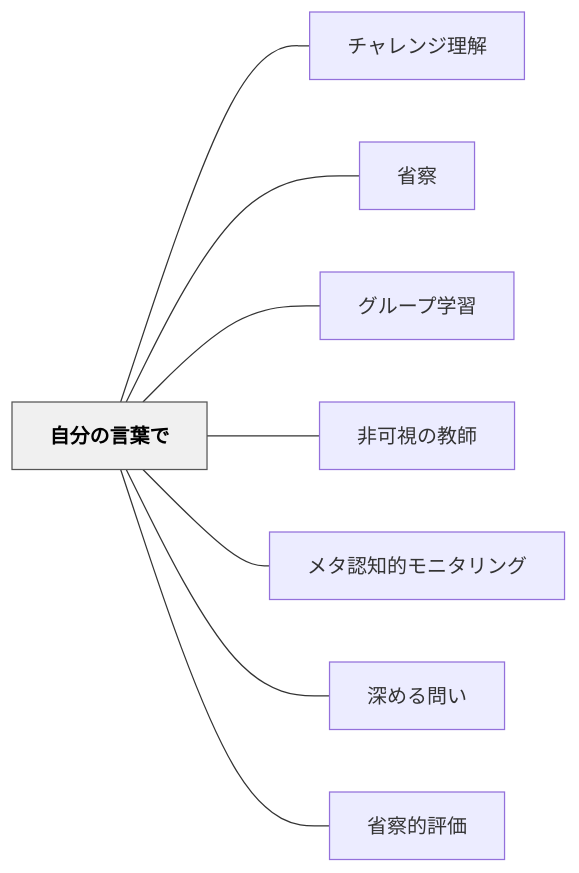
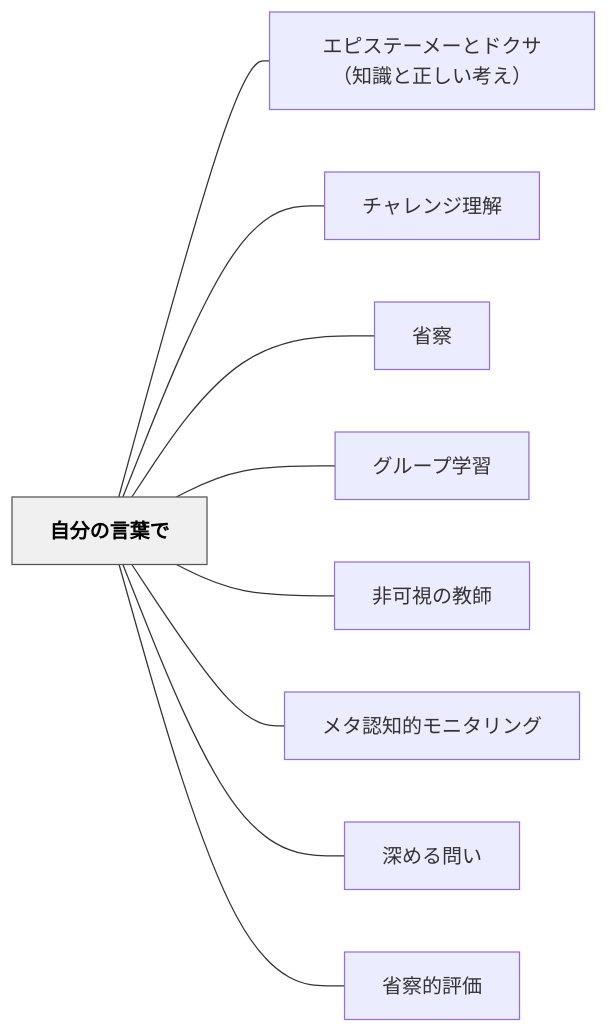
Before and after one commit to unknownthings-ed-patterns/unknownthings-ed-patterns: the diagram in content/パタン/自分の言葉で.md, drawn with Mermaid. The commit also changed other lines of this file and 17 other files, not shown here.

````diff
--- a/content/パタン/自分の言葉で.md
+++ b/content/パタン/自分の言葉で.md
@@ -88,22 +89,24 @@
 ```mermaid
 flowchart LR
     ne887aae58886e381aee8a880e89189e381a7["自分の言葉で"]
+    ne382a8e38394e382b9e38386e383bce383a1e383bce381a8e38389e382afe382b5efbc88e79fa5e8ad98e381a8e6ada3e38197e38184e88083e38188efbc89["エピステーメーとドクサ（知識と正しい考え）"]
     ne38381e383a3e383ace383b3e382b8e79086e8a7a3["チャレンジ理解"]
     ne79c81e5af9f["省察"]
     ne382b0e383abe383bce38397e5ada6e7bf92["グループ学習"]
     ne99d9ee58fafe8a696e381aee69599e5b8ab["非可視の教師"]
     ne383a1e382bfe8aa8de79fa5e79a84e383a2e3838be382bfe383aae383b3e382b0["メタ認知的モニタリング"]
     ne6b7b1e38281e3828be5958fe38184["深める問い"]
     ne79c81e5af9fe79a84e8a995e4bea1["省察的評価"]
 
+    ne887aae58886e381aee8a880e89189e381a7 --- ne382a8e38394e382b9e38386e383bce383a1e383bce381a8e38389e382afe382b5efbc88e79fa5e8ad98e381a8e6ada3e38197e38184e88083e38188efbc89
     ne887aae58886e381aee8a880e89189e381a7 --- ne38381e383a3e383ace383b3e382b8e79086e8a7a3
     ne887aae58886e381aee8a880e89189e381a7 --- ne79c81e5af9f
     ne887aae58886e381aee8a880e89189e381a7 --- ne382b0e383abe383bce38397e5ada6e7bf92
     ne887aae58886e381aee8a880e89189e381a7 --- ne99d9ee58fafe8a696e381aee69599e5b8ab
     ne887aae58886e381aee8a880e89189e381a7 --- ne383a1e382bfe8aa8de79fa5e79a84e383a2e3838be382bfe383aae383b3e382b0
     ne887aae58886e381aee8a880e89189e381a7 --- ne6b7b1e38281e3828be5958fe38184
     ne887aae58886e381aee8a880e89189e381a7 --- ne79c81e5af9fe79a84e8a995e4bea1
 
     classDef hub fill:#f0f0f0,stroke:#555,color:#000,font-weight:bold
     class ne887aae58886e381aee8a880e89189e381a7 hub
 ```
````
